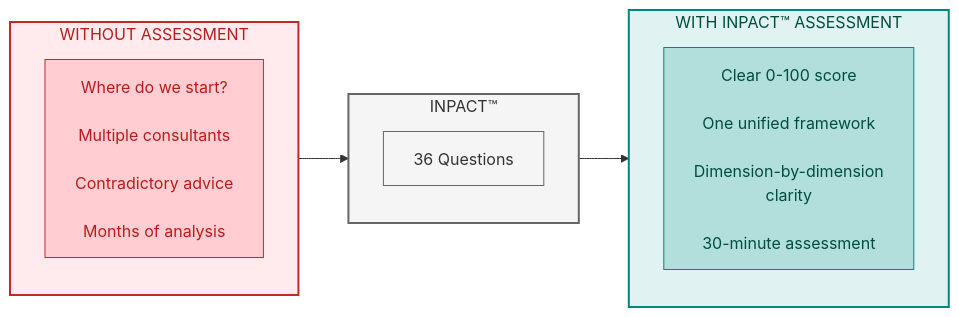
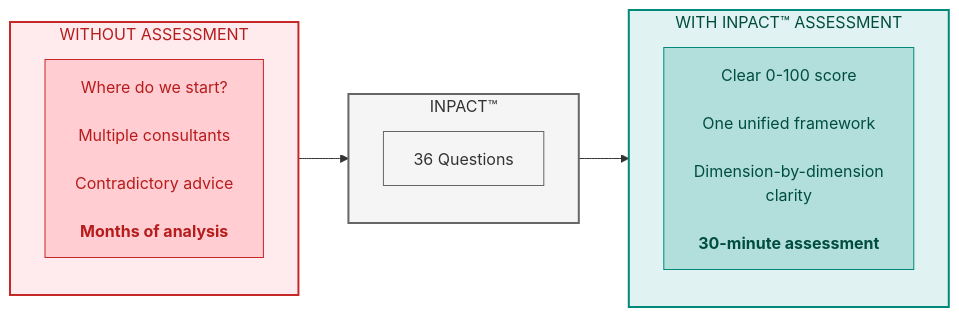
The first of 6 diagrams in manuscript/10_chapter_9_measuring_agent_readiness_v1_2.md (colaberry/trust-before-intelligence-book), drawn with Mermaid before and after one commit.

Commit message:
Cleaning up diagrams
Cleaning up diagrams

````diff
--- a/manuscript/10_chapter_9_measuring_agent_readiness_v1_2.md
+++ b/manuscript/10_chapter_9_measuring_agent_readiness_v1_2.md
@@ -13,28 +13,28 @@
 ```mermaid
 
 graph LR
     subgraph BEFORE["WITHOUT ASSESSMENT"]
         direction TB
-        B1["Where do we start?<br/><br/>Multiple consultants<br/><br/>Contradictory advice<br/><br/>Months of analysis"]
+        B1["Where do we start?<br/><br/>Multiple consultants<br/><br/>Contradictory advice<br/><br/><b>Months of analysis</b>"]
     end
     
     subgraph TRANSFORM["INPACT™"]
         direction TB
         T1["36 Questions"]
     end
     
     subgraph AFTER["WITH INPACT™ ASSESSMENT"]
         direction TB
-        A1["Clear 0-100 score<br/><br/>One unified framework<br/><br/>Dimension-by-dimension<br/>clarity<br/><br/>30-minute assessment"]
+        A1["Clear 0-100 score<br/><br/>One unified framework<br/><br/>Dimension-by-dimension<br/>clarity<br/><br/><b>30-minute assessment</b>"]
     end
     
     BEFORE --> TRANSFORM --> AFTER
     
     style BEFORE fill:#ffebee,stroke:#c62828,stroke-width:2px,color:#b71c1c
     style TRANSFORM fill:#f5f5f5,stroke:#666666,stroke-width:2px,color:#333333
     style AFTER fill:#e0f2f1,stroke:#00897b,stroke-width:2px,color:#004d40
     style B1 fill:#ffcdd2,stroke:#c62828,color:#b71c1c
     style T1 fill:#f5f5f5,stroke:#666666,color:#333333
     style A1 fill:#b2dfdb,stroke:#00897b,color:#004d40
 
 ```
````
